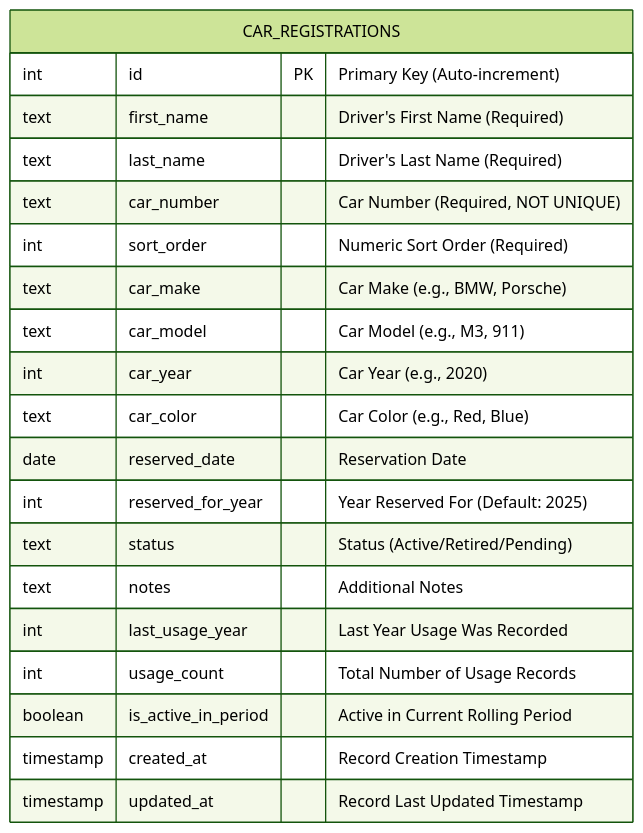
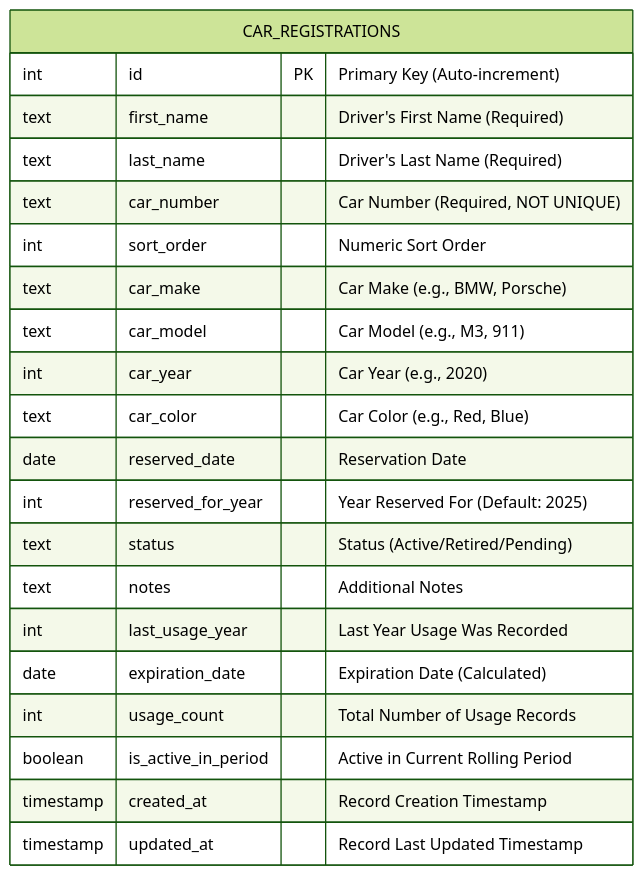
Before and after one commit to cruxburn/nord-stern-car-numbers: the first of 2 diagrams in database_er_diagram.md, drawn with Mermaid (forest theme). The commit also changed other lines of this file and 1 other file, not shown here.

Commit message:
Update README.md and database_er_diagram.md to match current schema

````diff
--- a/database_er_diagram.md
+++ b/database_er_diagram.md
@@ -11,23 +11,24 @@
 ```mermaid
 erDiagram
     CAR_REGISTRATIONS {
         int id PK "Primary Key (Auto-increment)"
         text first_name "Driver's First Name (Required)"
         text last_name "Driver's Last Name (Required)"
         text car_number "Car Number (Required, NOT UNIQUE)"
-        int sort_order "Numeric Sort Order (Required)"
+        int sort_order "Numeric Sort Order"
         text car_make "Car Make (e.g., BMW, Porsche)"
         text car_model "Car Model (e.g., M3, 911)"
         int car_year "Car Year (e.g., 2020)"
         text car_color "Car Color (e.g., Red, Blue)"
         date reserved_date "Reservation Date"
         int reserved_for_year "Year Reserved For (Default: 2025)"
         text status "Status (Active/Retired/Pending)"
         text notes "Additional Notes"
         int last_usage_year "Last Year Usage Was Recorded"
+        date expiration_date "Expiration Date (Calculated)"
         int usage_count "Total Number of Usage Records"
         boolean is_active_in_period "Active in Current Rolling Period"
         timestamp created_at "Record Creation Timestamp"
         timestamp updated_at "Record Last Updated Timestamp"
     }
 ```
````
